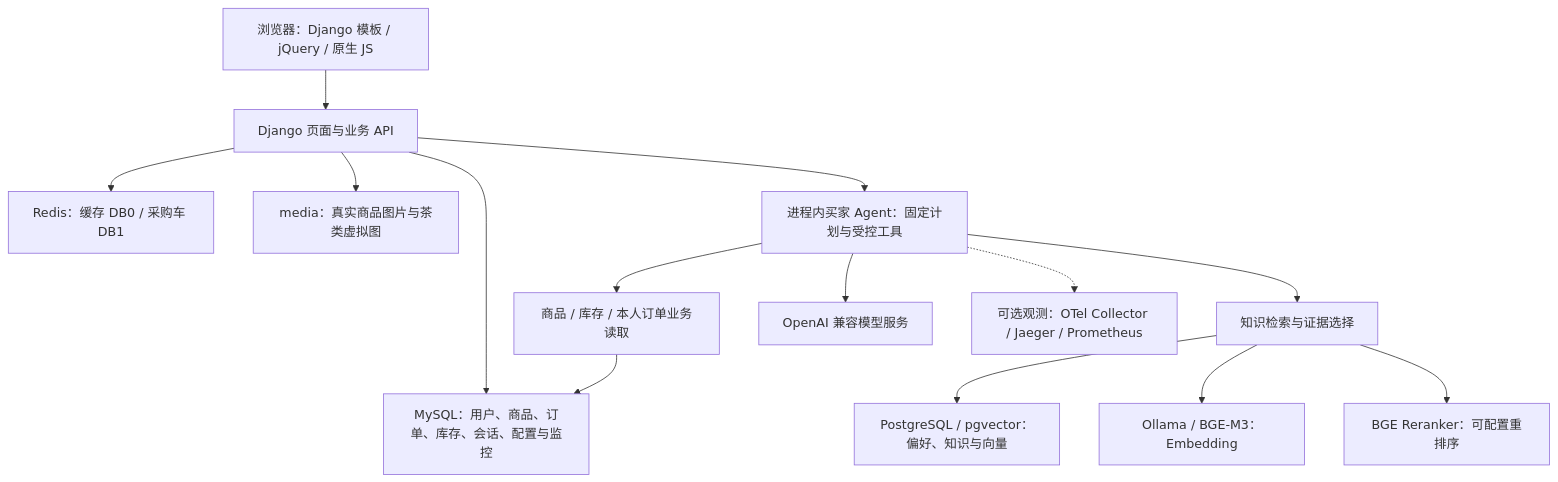
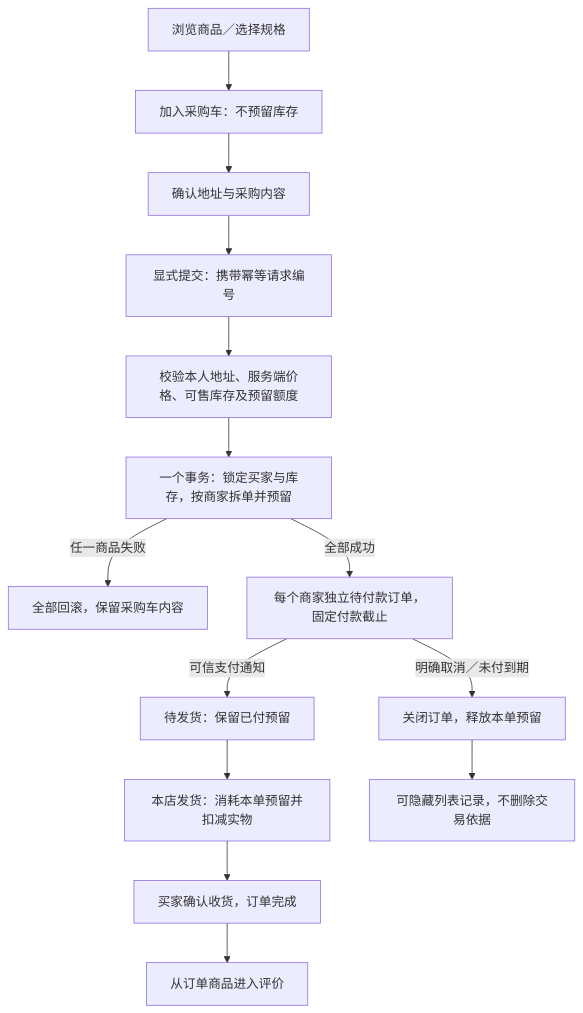
The second of 3 diagrams in README.md (dengbofu-git/shop), drawn with Mermaid before and after one commit. The commit also changed other lines of this file and 791 other files, not shown here.

````diff
--- a/README.md
+++ b/README.md
@@ -46,16 +146,16 @@
 ```mermaid
-flowchart TB
-    Browser["浏览器：Django 模板 / jQuery / 原生 JS"] --> Django["Django 页面与业务 API"]
-    Django --> MySQL["MySQL：用户、商品、订单、库存、会话、配置与监控"]
-    Django --> Redis["Redis：缓存 DB0 / 采购车 DB1"]
-    Django --> Media["media：真实商品图片与茶类虚拟图"]
-    Django --> Agent["进程内买家 Agent：固定计划与受控工具"]
-    Agent --> Business["商品 / 库存 / 本人订单业务读取"]
-    Business --> MySQL
-    Agent --> Knowledge["知识检索与证据选择"]
-    Knowledge --> PG["PostgreSQL / pgvector：偏好、知识与向量"]
-    Knowledge --> Ollama["Ollama / BGE-M3：Embedding"]
-    Knowledge --> Reranker["BGE Reranker：可配置重排序"]
-    Agent --> Model["OpenAI 兼容模型服务"]
-    Agent -.-> OTel["可选观测：OTel Collector / Jaeger / Prometheus"]
+flowchart TD
+    Choose["浏览商品／选择规格"] --> Cart["加入采购车：不预留库存"]
+    Cart --> Confirm["确认地址与采购内容"]
+    Confirm --> Submit["显式提交：携带幂等请求编号"]
+    Submit --> Validate["校验本人地址、服务端价格、可售库存及预留额度"]
+    Validate --> Tx["一个事务：锁定买家与库存，按商家拆单并预留"]
+    Tx -->|任一商品失败| Reject["全部回滚，保留采购车内容"]
+    Tx -->|全部成功| Unpaid["每个商家独立待付款订单，固定付款截止"]
+    Unpaid -->|可信支付通知| Paid["待发货：保留已付预留"]
+    Unpaid -->|明确取消／未付到期| Closed["关闭订单，释放本单预留"]
+    Paid --> Ship["本店发货：消耗本单预留并扣减实物"]
+    Ship --> Receive["买家确认收货，订单完成"]
+    Receive --> Review["从订单商品进入评价"]
+    Closed --> Hide["可隐藏列表记录，不删除交易依据"]
 ```
````
